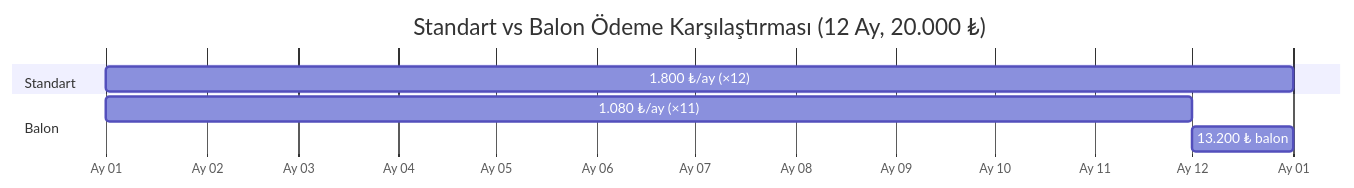
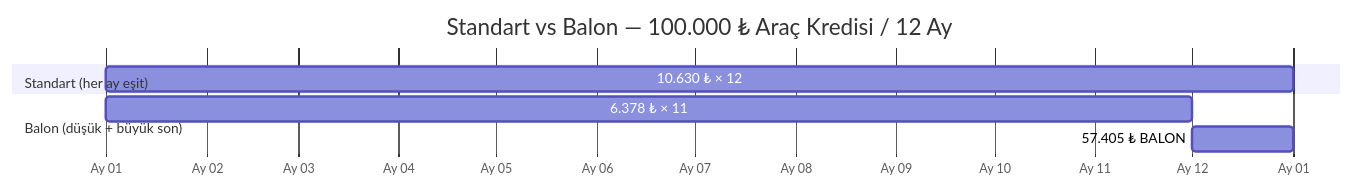
Before and after one commit to js-lover/credit-case: the sixth of 9 diagrams in README.md, drawn with Mermaid. The commit also changed other lines of this file and 5 other files, not shown here.

````diff
--- a/README.md
+++ b/README.md
@@ -656,13 +737,13 @@
 ```mermaid
 gantt
-    title Standart vs Balon Ödeme Karşılaştırması (12 Ay, 20.000 ₺)
-    dateFormat MM
+    title Standart vs Balon — 100.000 ₺ Araç Kredisi / 12 Ay
+    dateFormat YYYY-MM
     axisFormat Ay %m
 
-    section Standart
-    1.800 ₺/ay (×12) :01, 12M
+    section Standart (her ay eşit)
+    10.630 ₺ × 12 :2026-01, 12M
 
-    section Balon
-    1.080 ₺/ay (×11) :01, 11M
-    13.200 ₺ balon   :12, 1M
+    section Balon (düşük + büyük son)
+    6.378 ₺ × 11 :2026-01, 11M
+    57.405 ₺ BALON :2026-12, 1M
 ```
````
